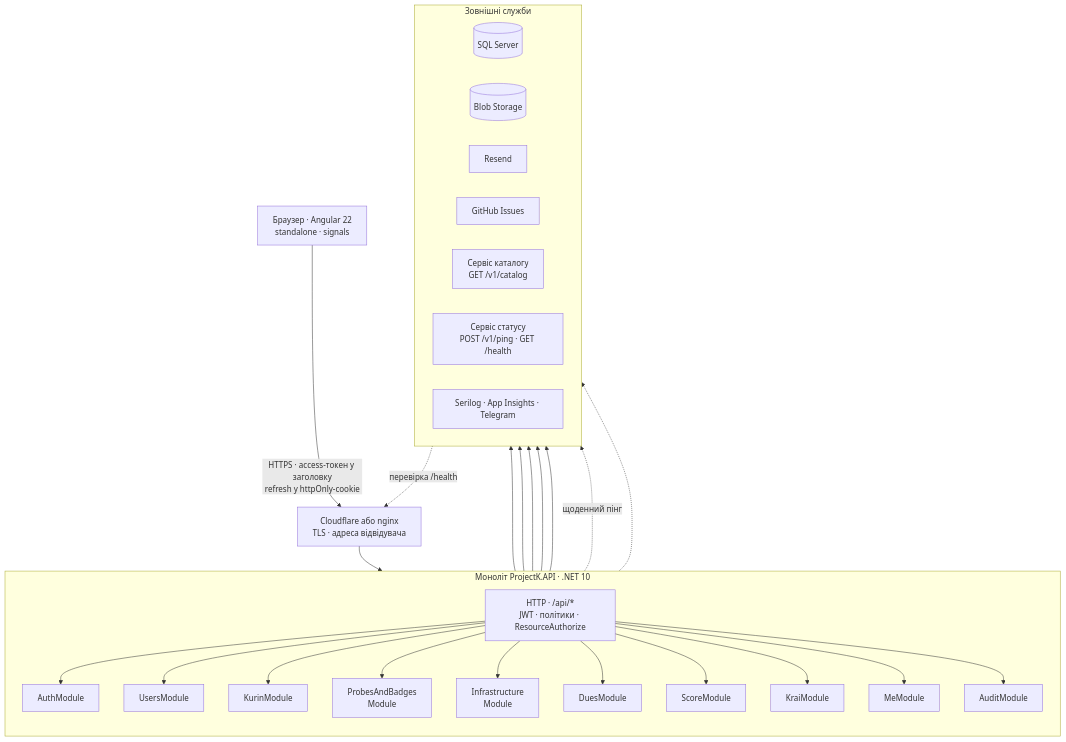
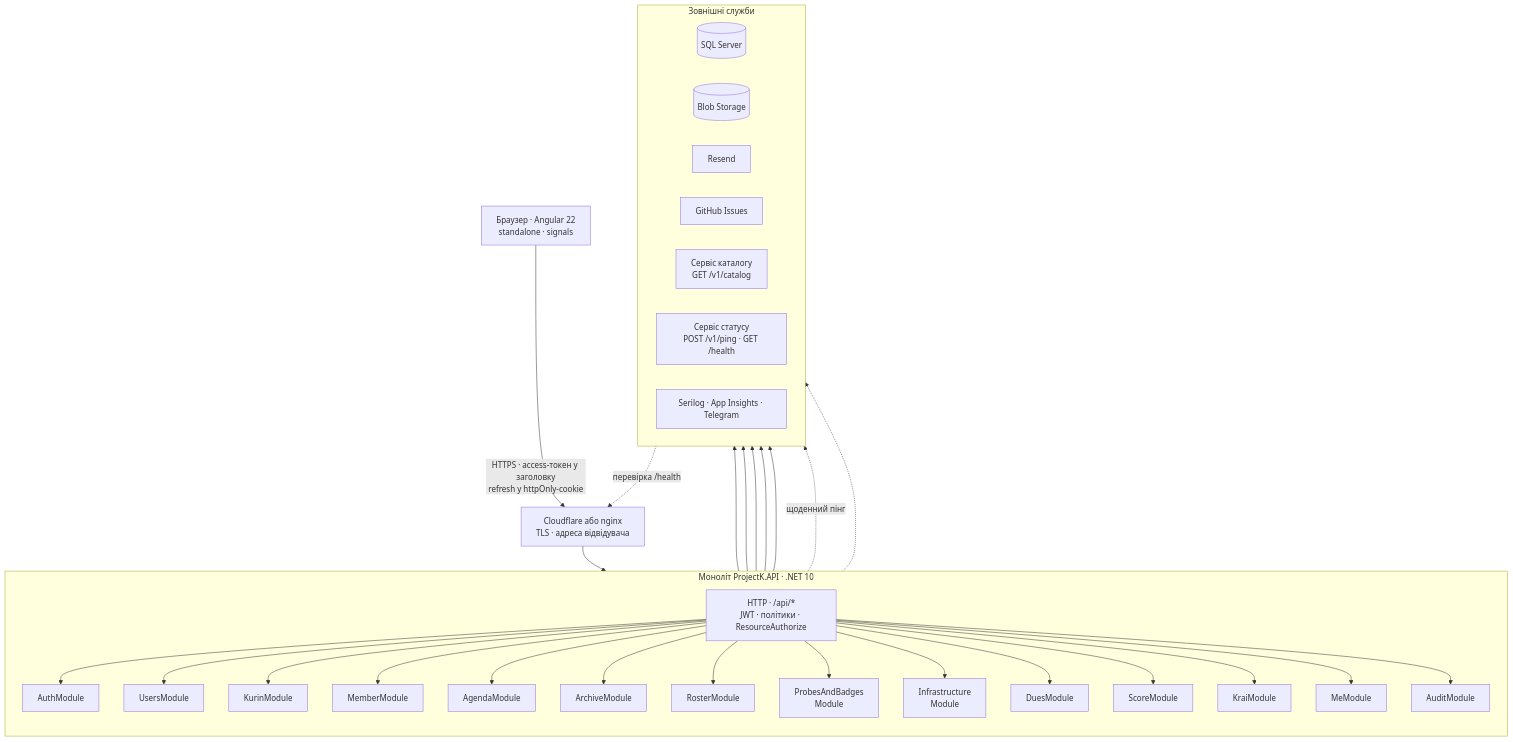
Before and after one commit to lileyka-app/Project-K: the first of 4 diagrams in docs/dev/core/architecture-diagrams.md, drawn with Mermaid. The commit also changed other lines of this file and 1 other file, not shown here.

````diff
--- a/docs/dev/core/architecture-diagrams.md
+++ b/docs/dev/core/architecture-diagrams.md
@@ -19,41 +19,46 @@
 ```mermaid
 flowchart TB
     SPA["Браузер · Angular 22<br/>standalone · signals"]
     PROXY["Cloudflare або nginx<br/>TLS · адреса відвідувача"]
 
     subgraph api["Моноліт ProjectK.API · .NET 10"]
         direction TB
         HTTP["HTTP · /api/*<br/>JWT · політики · ResourceAuthorize"]
         AUTH["AuthModule"]
         USERS["UsersModule"]
         KURIN["KurinModule"]
+        MEMBER["MemberModule"]
+        AGENDA["AgendaModule"]
+        ARCHIVE["ArchiveModule"]
+        ROSTER["RosterModule"]
         PB["ProbesAndBadges<br/>Module"]
         INFRA["Infrastructure<br/>Module"]
         DUES["DuesModule"]
         SCORE["ScoreModule"]
         KRAI["KraiModule"]
         ME["MeModule"]
         AUDIT["AuditModule"]
-        HTTP --> AUTH & USERS & KURIN & PB & INFRA
+        HTTP --> AUTH & USERS & KURIN & MEMBER & AGENDA
+        HTTP --> ARCHIVE & ROSTER & PB & INFRA
         HTTP --> DUES & SCORE & KRAI & ME & AUDIT
     end
 
     subgraph ext["Зовнішні служби"]
         direction LR
         DB[("SQL Server")]
         BLOB[("Blob Storage")]
         MAIL["Resend"]
         GH["GitHub Issues"]
         CAT["Сервіс каталогу<br/>GET /v1/catalog"]
         STATUS["Сервіс статусу<br/>POST /v1/ping · GET /health"]
         LOGS["Serilog · App Insights · Telegram"]
     end
 
     SPA -- "HTTPS · access-токен у заголовку<br/>refresh у httpOnly-cookie" --> PROXY
     PROXY --> HTTP
     KURIN ~~~ DB
     api --> DB & BLOB & MAIL & GH & CAT
     api -. "щоденний пінг" .-> STATUS
     STATUS -. "перевірка /health" .-> PROXY
     api -.-> LOGS
 ```
````
